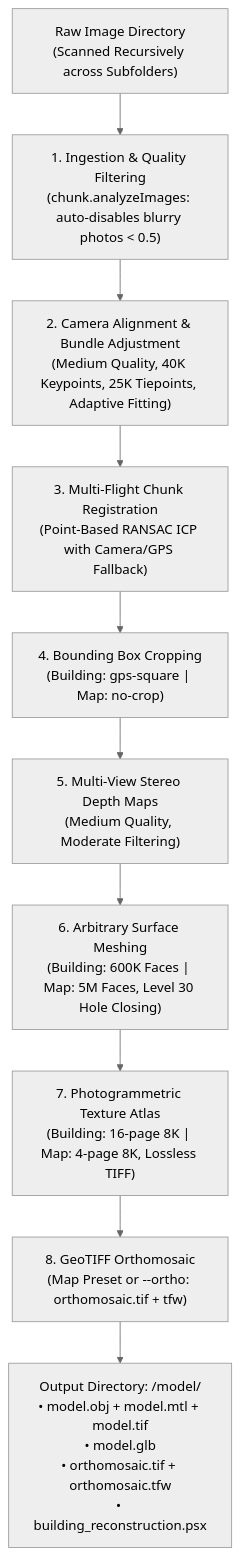
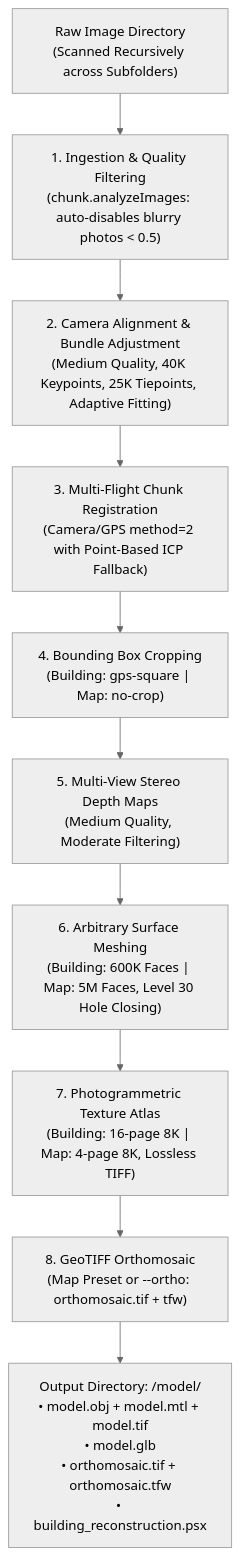
The diagram in README.md (ngviettam82/AutoMetashape), drawn with Mermaid (neutral theme) before and after one commit. The commit also changed other lines of this file, not shown here.

Commit message:
docs: Update README chunk alignment method to reflect Camera/GPS default

````diff
--- a/README.md
+++ b/README.md
@@ -123,12 +125,12 @@
 ```mermaid
 flowchart TD
     A["Raw Image Directory<br/>(Scanned Recursively across Subfolders)"] --> B["1. Ingestion & Quality Filtering<br/>(chunk.analyzeImages: auto-disables blurry photos < 0.5)"]
     B --> C["2. Camera Alignment & Bundle Adjustment<br/>(Medium Quality, 40K Keypoints, 25K Tiepoints, Adaptive Fitting)"]
-    C --> D["3. Multi-Flight Chunk Registration<br/>(Point-Based RANSAC ICP with Camera/GPS Fallback)"]
+    C --> D["3. Multi-Flight Chunk Registration<br/>(Camera/GPS method=2 with Point-Based ICP Fallback)"]
     D --> E["4. Bounding Box Cropping<br/>(Building: gps-square | Map: no-crop)"]
     E --> F["5. Multi-View Stereo Depth Maps<br/>(Medium Quality, Moderate Filtering)"]
     F --> G["6. Arbitrary Surface Meshing<br/>(Building: 600K Faces | Map: 5M Faces, Level 30 Hole Closing)"]
     G --> H["7. Photogrammetric Texture Atlas<br/>(Building: 16-page 8K | Map: 4-page 8K, Lossless TIFF)"]
     H --> I["8. GeoTIFF Orthomosaic<br/>(Map Preset or --ortho: orthomosaic.tif + tfw)"]
     I --> J["Output Directory: <images_dir>/model/<br/>• model.obj + model.mtl + model.tif<br/>• model.glb<br/>• orthomosaic.tif + orthomosaic.tfw<br/>• building_reconstruction.psx"]
 ```
````
